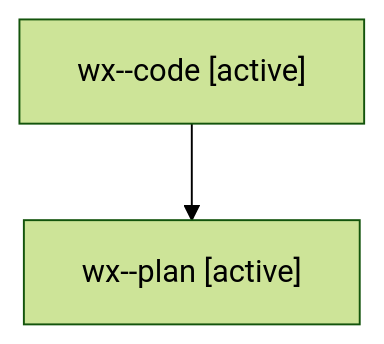
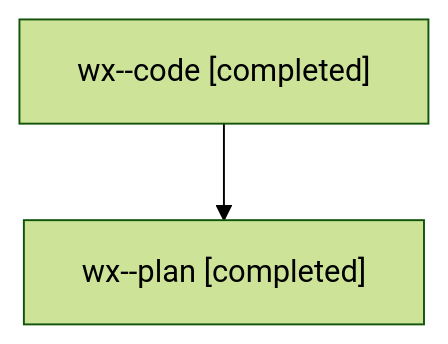
One commit to sase-org/sase--agents changed the diagram in families/bbugyi200.athena.wx.md. Above: the diagram before and after it, drawn with Mermaid (forest theme). The commit also changed other lines of this file and 118 other files, not shown here.

````diff
--- a/families/bbugyi200.athena.wx.md
+++ b/families/bbugyi200.athena.wx.md
@@ -9,6 +9,6 @@
 ```mermaid
 flowchart TD
-  n0["wx--code [active]"]
-  n1["wx--plan [active]"]
+  n0["wx--code [completed]"]
+  n1["wx--plan [completed]"]
   n0 --> n1
 ```
````
